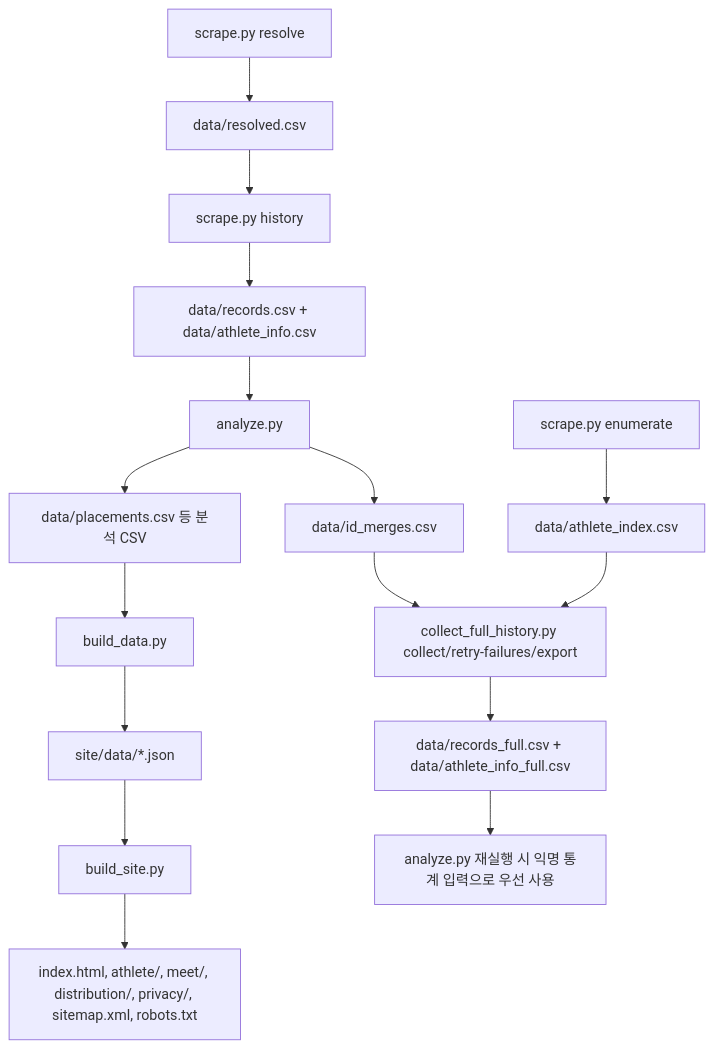
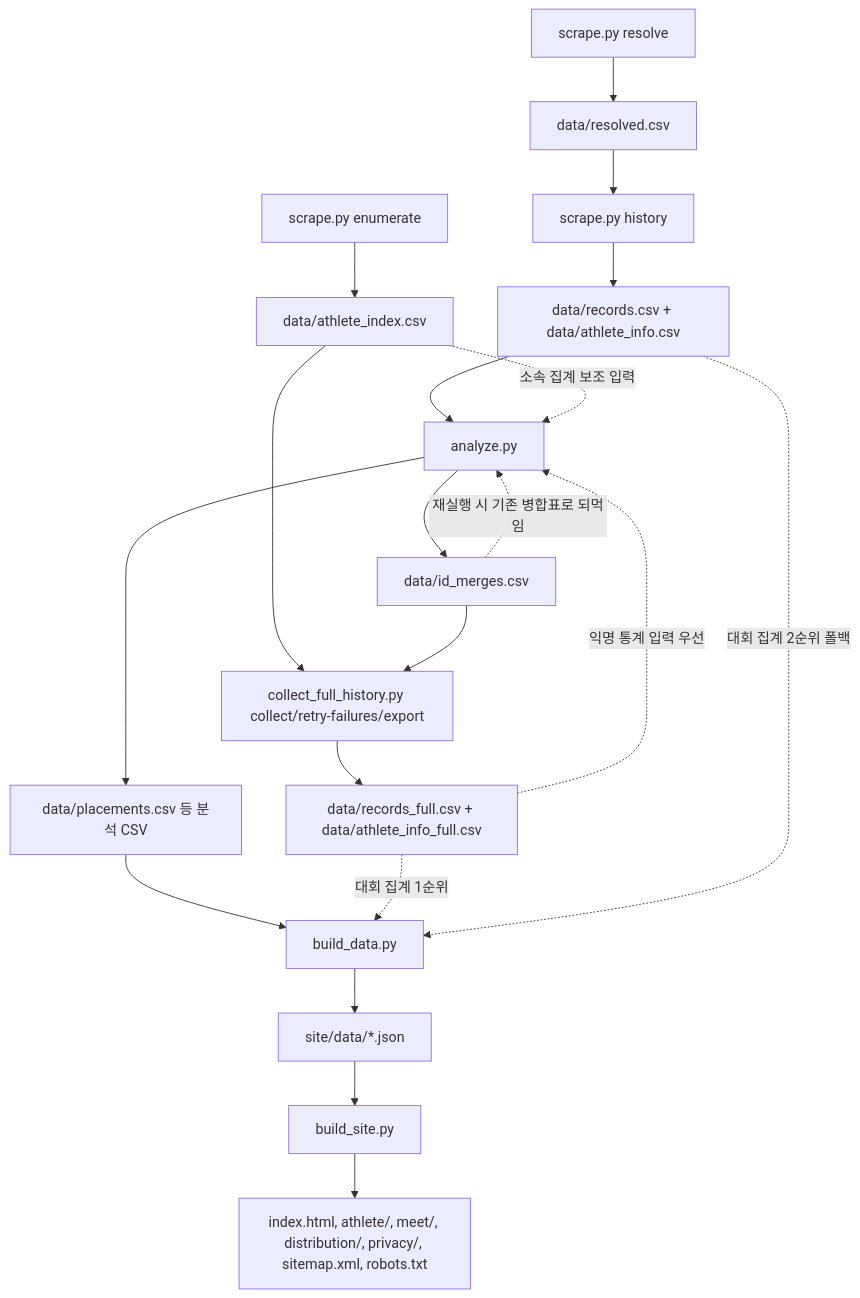
The diagram in README.md (es-kimo/splits), drawn with Mermaid before and after one commit. The commit also changed other lines of this file, not shown here.

````diff
--- a/README.md
+++ b/README.md
@@ -12,19 +12,23 @@
 ```mermaid
 flowchart TD
   A[scrape.py resolve] --> B[data/resolved.csv]
   B --> C[scrape.py history]
   C --> D[data/records.csv + data/athlete_info.csv]
   D --> E[analyze.py]
   E --> F[data/placements.csv 등 분석 CSV]
   F --> G[build_data.py]
   G --> H[site/data/*.json]
   H --> I[build_site.py]
   I --> J[index.html, athlete/, meet/, distribution/, privacy/, sitemap.xml, robots.txt]
 
   K[scrape.py enumerate] --> L[data/athlete_index.csv]
   L --> M[collect_full_history.py collect/retry-failures/export]
+  L -. 소속 집계 보조 입력 .-> E
   E --> N[data/id_merges.csv]
   N --> M
+  N -. 재실행 시 기존 병합표로 되먹임 .-> E
   M --> O[data/records_full.csv + data/athlete_info_full.csv]
-  O --> P[analyze.py 재실행 시 익명 통계 입력으로 우선 사용]
+  O -. 익명 통계 입력 우선 .-> E
+  O -. 대회 집계 1순위 .-> G
+  D -. 대회 집계 2순위 폴백 .-> G
 ```
````
